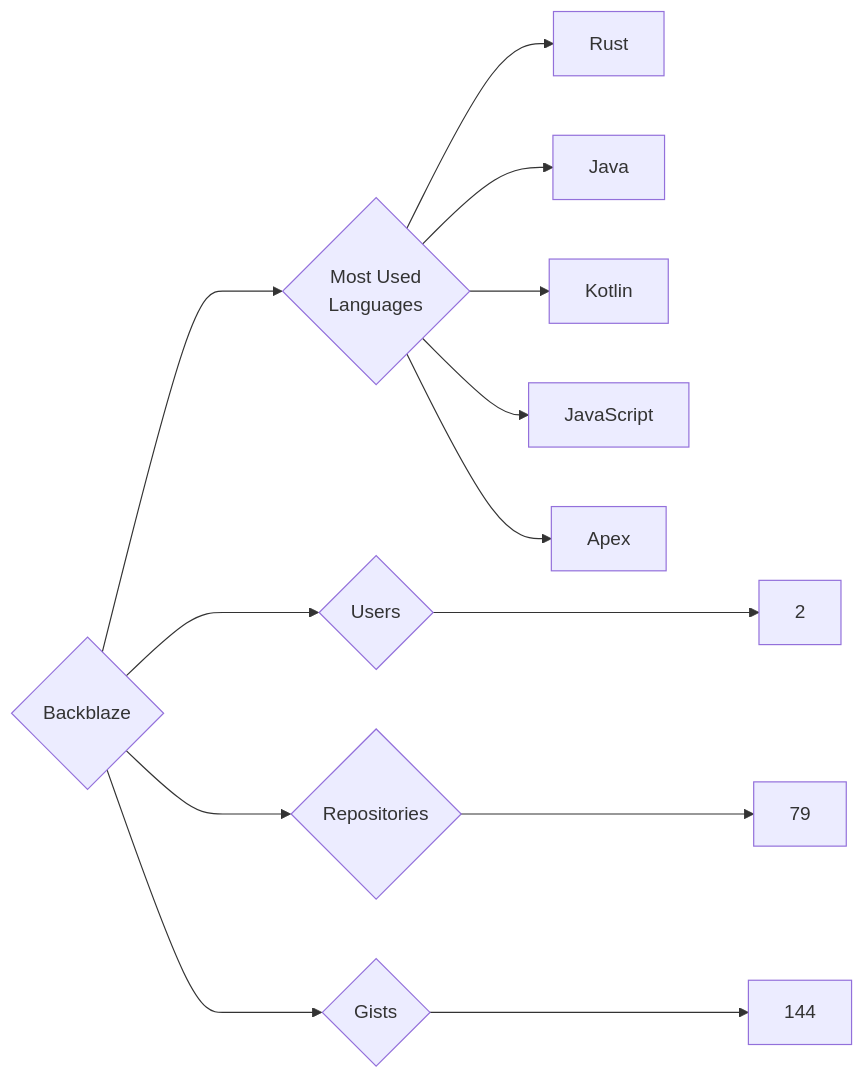
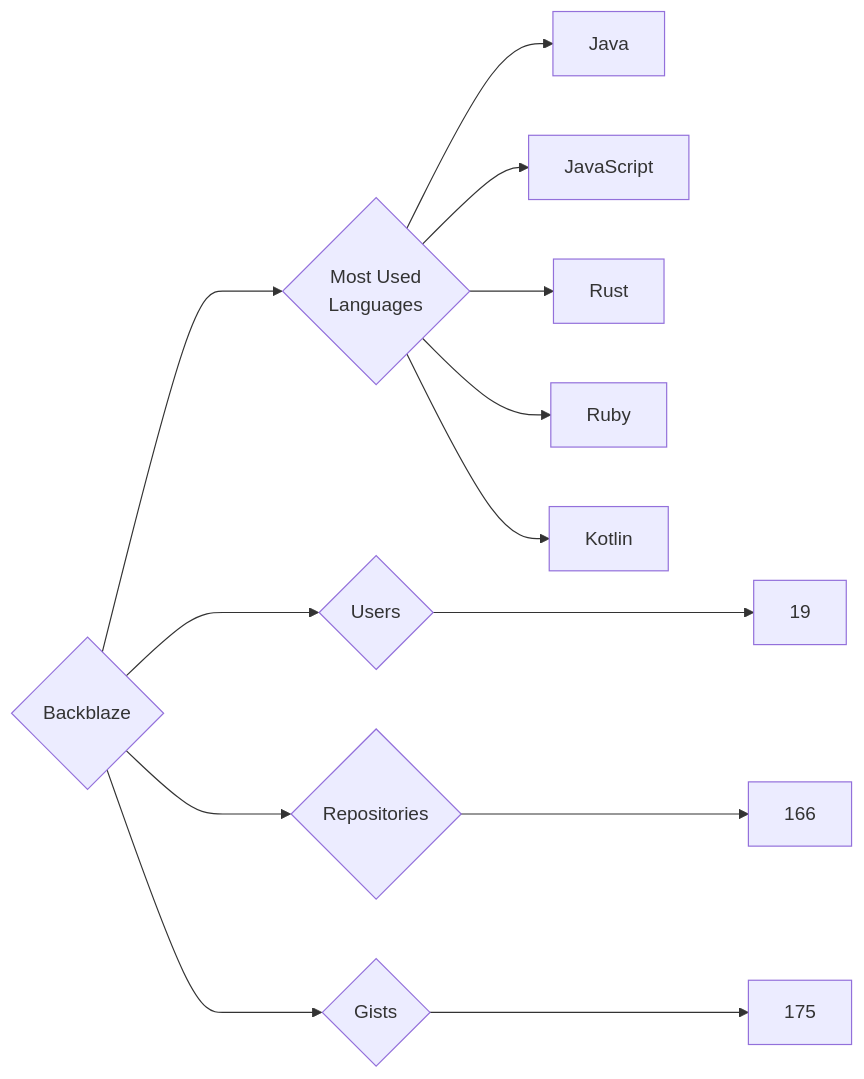
Before and after one commit to trickest/insiders: the diagram in targets/Backblaze/README.md, drawn with Mermaid. The commit also changed 681 other files, not shown here.

````diff
--- a/targets/Backblaze/README.md
+++ b/targets/Backblaze/README.md
@@ -3,13 +3,13 @@
 ```mermaid
 graph LR
 COMPANY_NAME{Backblaze}
-COMPANY_NAME ---> U{Users} ---> UN[2]
-COMPANY_NAME ---> R{Repositories} ---> RN[79]
-COMPANY_NAME ---> G{Gists} ---> GN[144]
+COMPANY_NAME ---> U{Users} ---> UN[19]
+COMPANY_NAME ---> R{Repositories} ---> RN[166]
+COMPANY_NAME ---> G{Gists} ---> GN[175]
 COMPANY_NAME ---> ML{Most Used<br>Languages}
+ML --> Java[Java]
+ML --> JavaScript[JavaScript]
 ML --> Rust[Rust]
-ML --> Java[Java]
+ML --> Ruby[Ruby]
 ML --> Kotlin[Kotlin]
-ML --> JavaScript[JavaScript]
-ML --> Apex[Apex]
 ```
````
